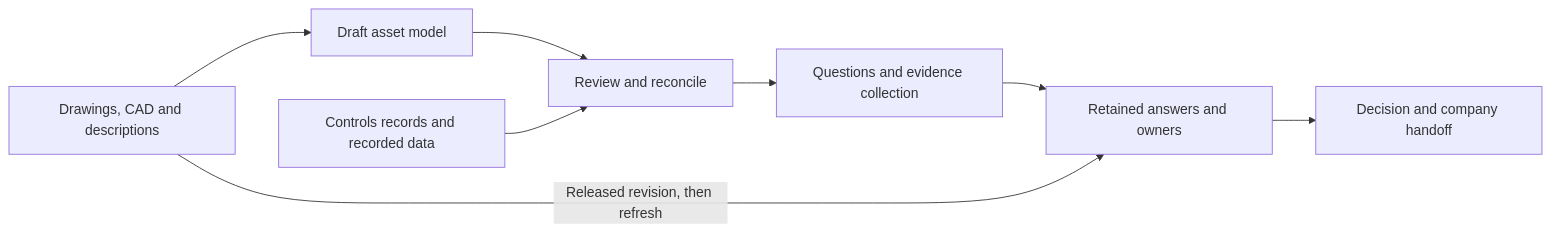
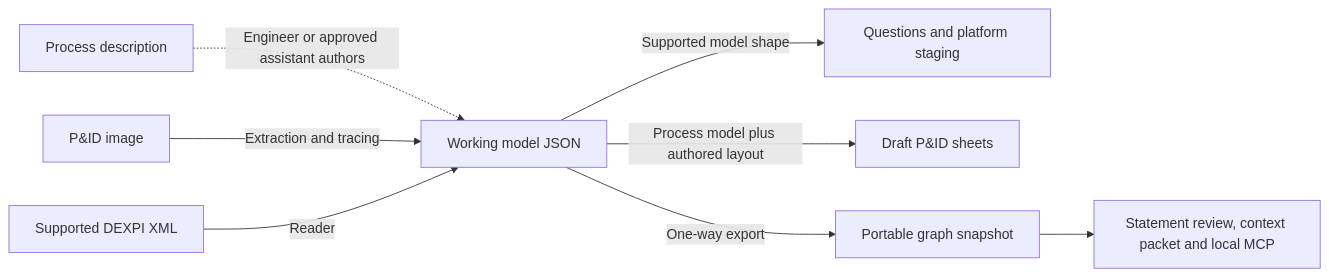
One commit to steve-vitale/pid-to-digital-twin changed the first of 2 diagrams in README.md. Above: the diagram before and after it, drawn with Mermaid. The commit also changed other lines of this file and 10 other files, not shown here.

````diff
--- a/README.md
+++ b/README.md
@@ -55,10 +60,10 @@
 ```mermaid
 flowchart LR
-    A[Drawings, CAD and descriptions] --> B[Draft asset model]
-    B --> C[Review and reconcile]
-    R[Controls records and recorded data] --> C
-    C --> D[Questions and evidence collection]
-    D --> E[Retained answers and owners]
-    E --> F[Decision and company handoff]
-    A -->|Released revision, then refresh| E
+    A[Process description] -.->|Engineer or approved assistant authors| M[Working model JSON]
+    B[P&ID image] -->|Extraction and tracing| M
+    C[Supported DEXPI XML] -->|Reader| M
+    M -->|Supported model shape| Q[Questions and platform staging]
+    M -->|Process model plus authored layout| P[Draft P&ID sheets]
+    M -->|One-way export| G[Portable graph snapshot]
+    G --> R[Statement review, context packet and local MCP]
 ```
````
